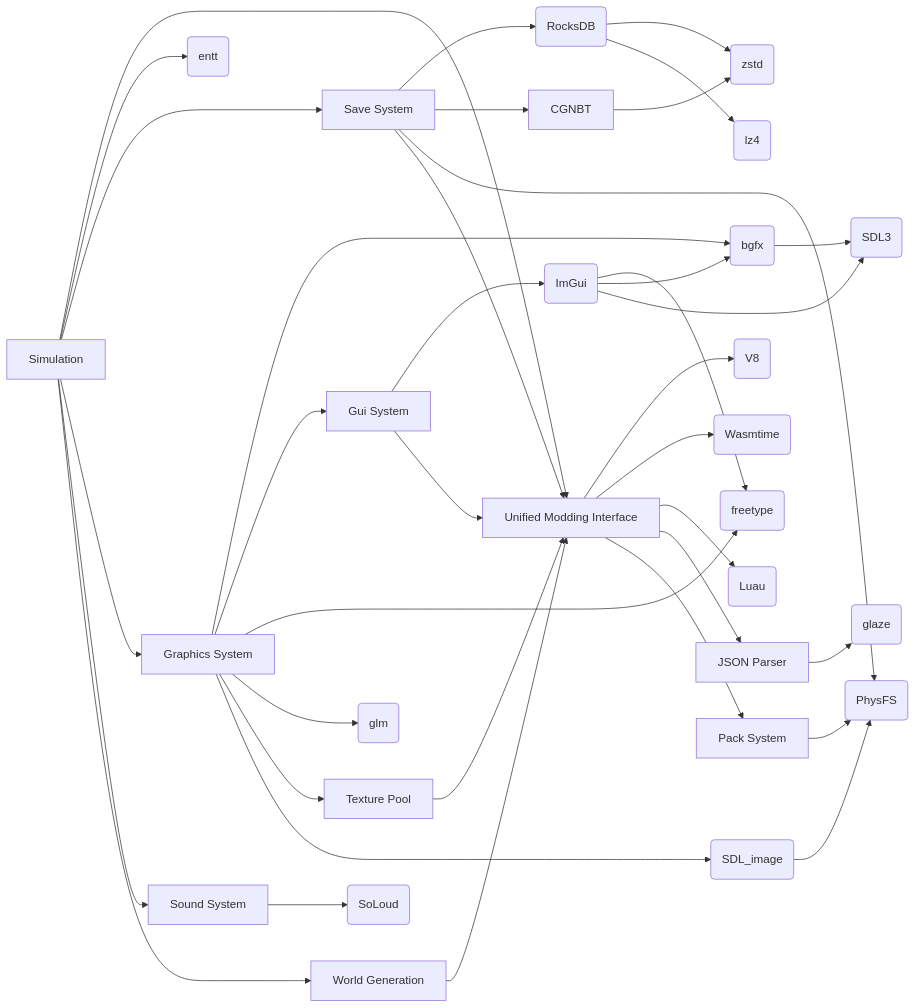
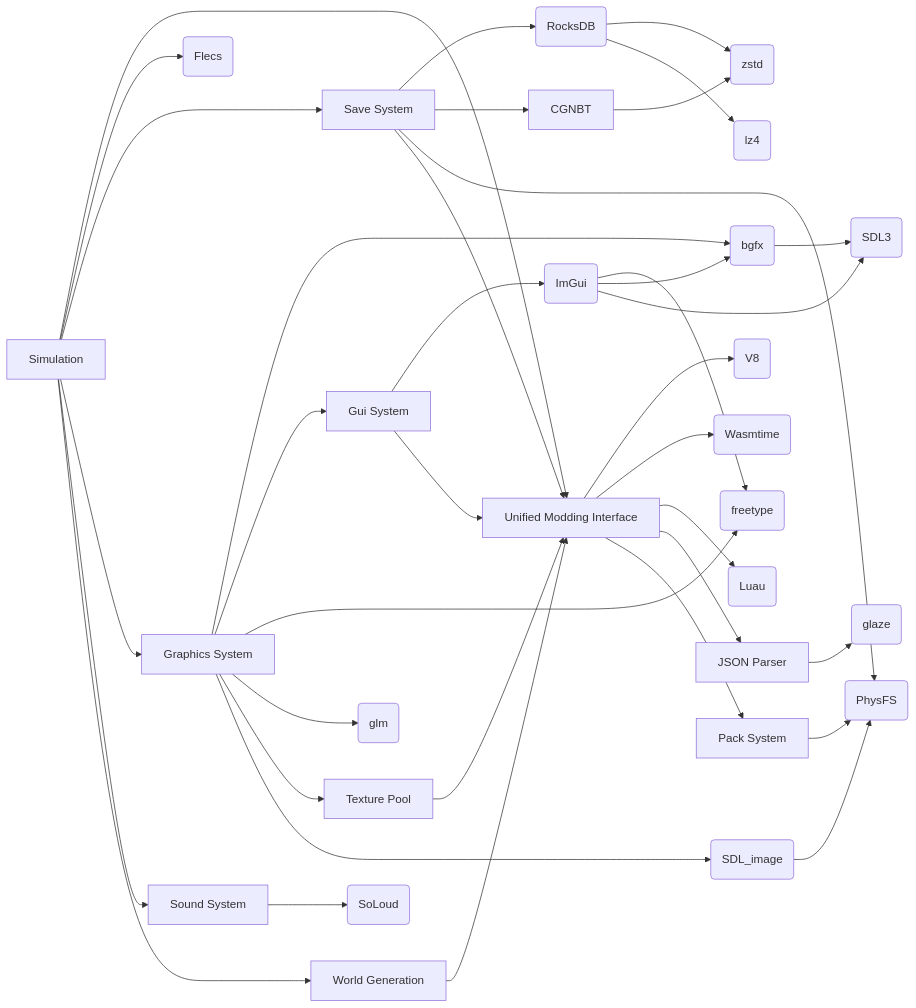
One commit to cherryridge/docs changed the diagram in docs/cg/design.mdx. Above: the diagram before and after it, drawn with Mermaid. The commit also changed 1 other file, not shown here.

Commit message:
Switch EnTT to Flecs

````diff
--- a/docs/cg/design.mdx
+++ b/docs/cg/design.mdx
@@ -17,39 +17,39 @@
 ```mermaid
 graph LR
     A[Simulation]-->B[Unified Modding Interface]
-    A-->C(entt)
+    A-->C(Flecs)
     B-->D(V8)
     B-->E(Wasmtime)
     B-->F(Luau)
     B-->G[JSON Parser]
     G-->g(glaze)
     B-->H[Pack System]
     I[World Generation]-->B
     A-->J[Save System]
     J-->K(RocksDB)
     J-->L[CGNBT]
     K-->l(zstd)
     K-->ll(lz4)
     L-->l
     J-->M(PhysFS)
     A-->N[Graphics System]
     N-->O(bgfx)
     N-->P[Gui System]
     P-->Q(ImGui)
     Q-->q(freetype)
     N-->q
     N-->r(glm)
     Q-->O
     P-->B
     N-->R[Texture Pool]
     R-->B
     O-->S(SDL3)
     Q-->S
     N-->T(SDL_image)
     T-->M
     A-->U[Sound System]
     U-->V(SoLoud)
     H-->M
     J-->B
     A-->I
 ```
````
